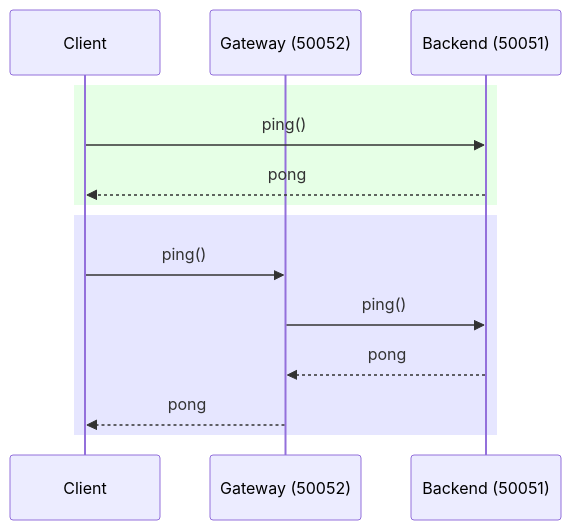
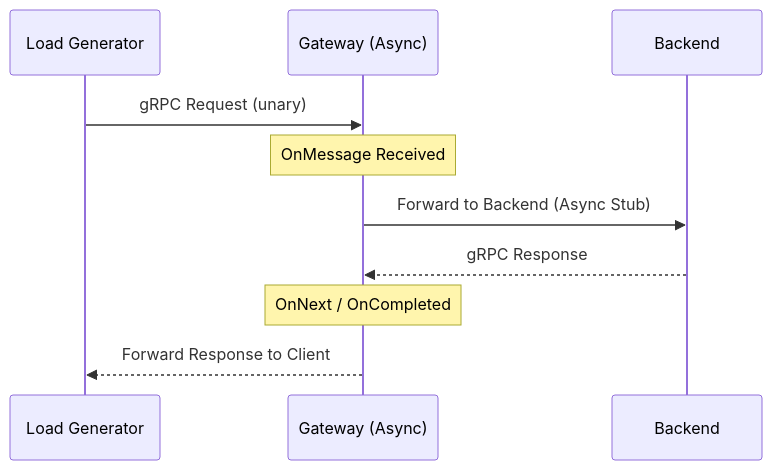
Before and after one commit to AndySchubert/grpc-boundary-lab: the diagram in docs/architecture/request-flow.md, drawn with Mermaid. The commit also changed other lines of this file and 5 other files, not shown here.

Commit message:
docs: populate architecture analysis and sweep results

````diff
--- a/docs/architecture/request-flow.md
+++ b/docs/architecture/request-flow.md
@@ -1,18 +7,13 @@
 ```mermaid
 sequenceDiagram
-  participant C as Client
-  participant G as Gateway (50052)
-  participant B as Backend (50051)
+    participant C as Load Generator
+    participant G as Gateway (Async)
+    participant B as Backend
 
-  rect rgb(230, 255, 230)
-    C->>B: ping()
-    B-->>C: pong
-  end
-
-  rect rgb(230, 230, 255)
-    C->>G: ping()
-    G->>B: ping()
-    B-->>G: pong
-    G-->>C: pong
-  end
+    C->>G: gRPC Request (unary)
+    Note over G: OnMessage Received
+    G->>B: Forward to Backend (Async Stub)
+    B-->>G: gRPC Response
+    Note over G: OnNext / OnCompleted
+    G-->>C: Forward Response to Client
 ```
````
